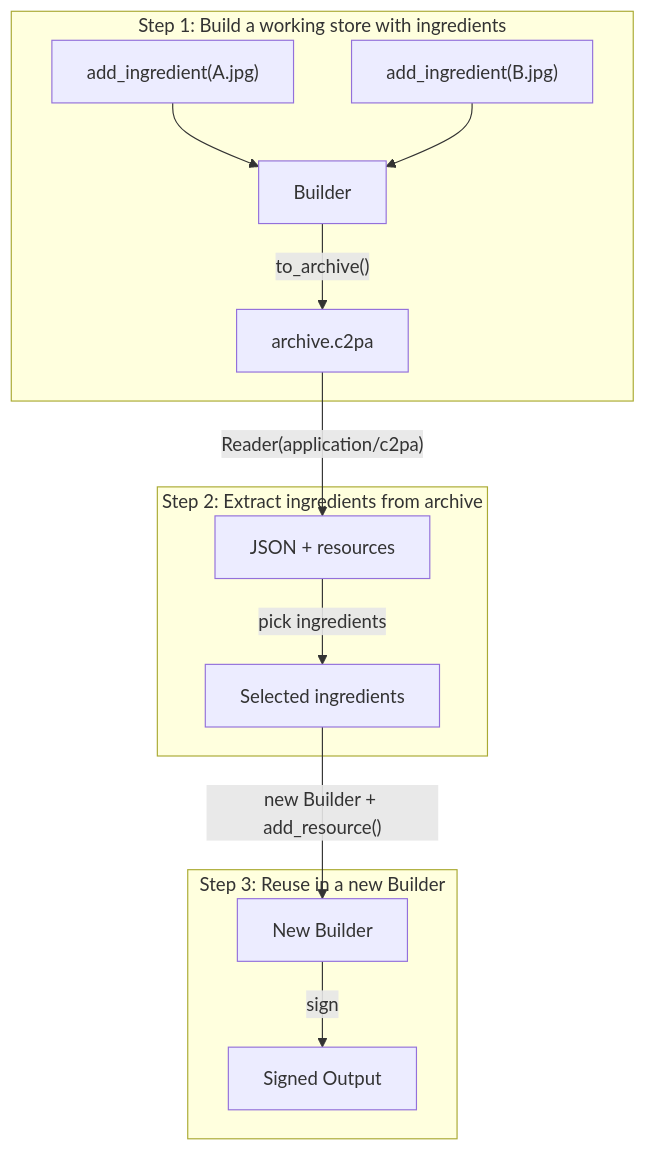
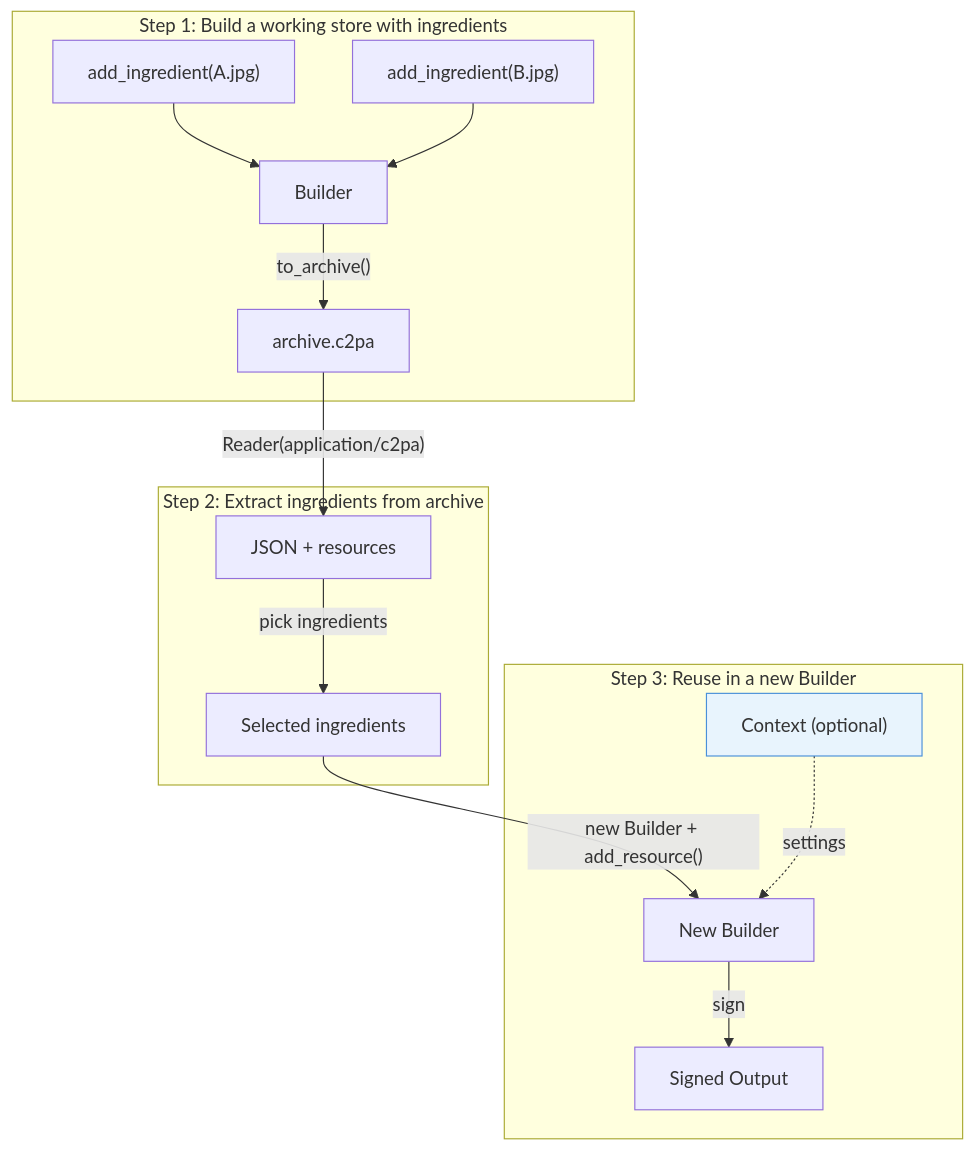
Before and after one commit to contentauth/c2pa-python: the fourth of 4 diagrams in docs/tmn-wip-docs/selective-manifests.md, drawn with Mermaid. The commit also changed other lines of this file, not shown here.

````diff
--- a/docs/tmn-wip-docs/selective-manifests.md
+++ b/docs/tmn-wip-docs/selective-manifests.md
@@ -578,16 +616,20 @@
 ```mermaid
 flowchart TD
     subgraph Step1["Step 1: Build a working store with ingredients"]
         IA["add_ingredient(A.jpg)"] --> B1[Builder]
         IB["add_ingredient(B.jpg)"] --> B1
         B1 -->|"to_archive()"| AR["archive.c2pa"]
     end
     subgraph Step2["Step 2: Extract ingredients from archive"]
         AR -->|"Reader(application/c2pa)"| RD[JSON + resources]
         RD -->|"pick ingredients"| SEL[Selected ingredients]
     end
+    CTX["Context (optional)"]
     subgraph Step3["Step 3: Reuse in a new Builder"]
         SEL -->|"new Builder + add_resource()"| B2[New Builder]
+        CTX -.->|"settings"| B2
         B2 -->|sign| OUT[Signed Output]
     end
+
+    style CTX fill:#e8f4fd,stroke:#4a90d9
 ```
````
